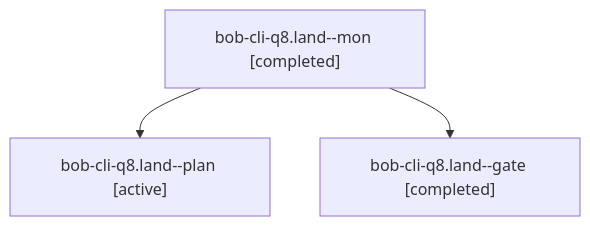
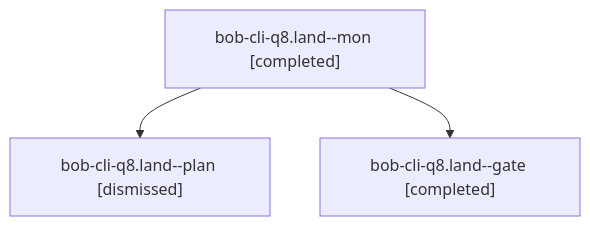
The diagram in sessions/bbugyi200.apollo.bob-cli-q8.land.md (bobs-org/bob-cli--agents), drawn with Mermaid before and after one commit. The commit also changed other lines of this file and 275 other files, not shown here.

````diff
--- a/sessions/bbugyi200.apollo.bob-cli-q8.land.md
+++ b/sessions/bbugyi200.apollo.bob-cli-q8.land.md
@@ -9,8 +9,8 @@
 ```mermaid
 flowchart TD
   n0["bob-cli-q8.land--mon [completed]"]
-  n1["bob-cli-q8.land--plan [active]"]
+  n1["bob-cli-q8.land--plan [dismissed]"]
   n0 --> n1
   n2["bob-cli-q8.land--gate [completed]"]
   n0 --> n2
 ```
````
